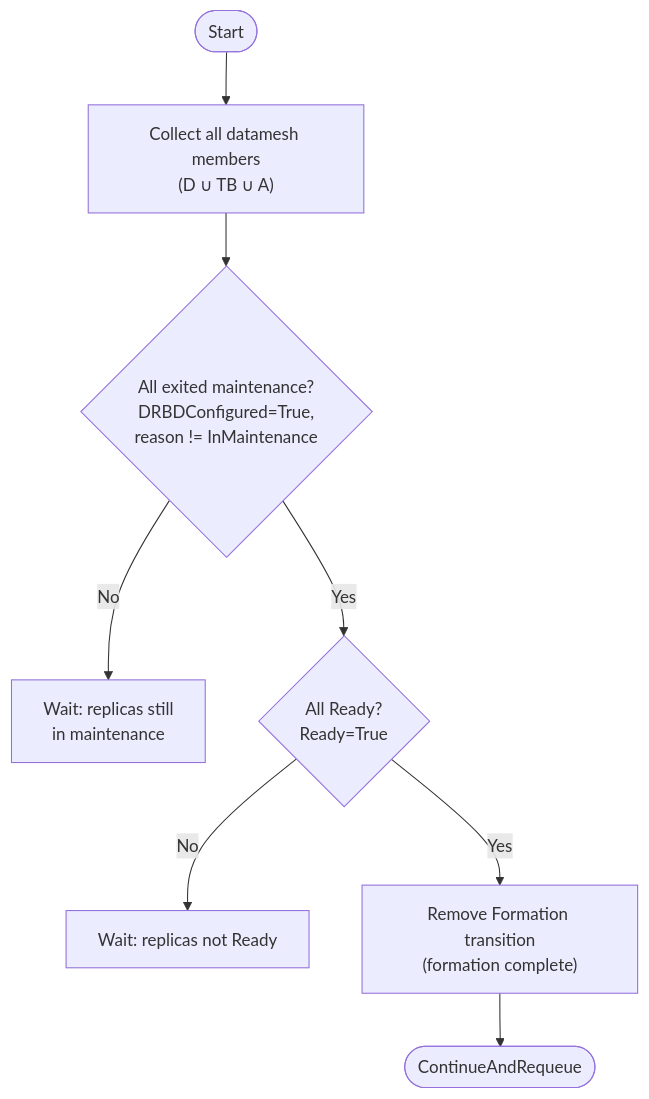
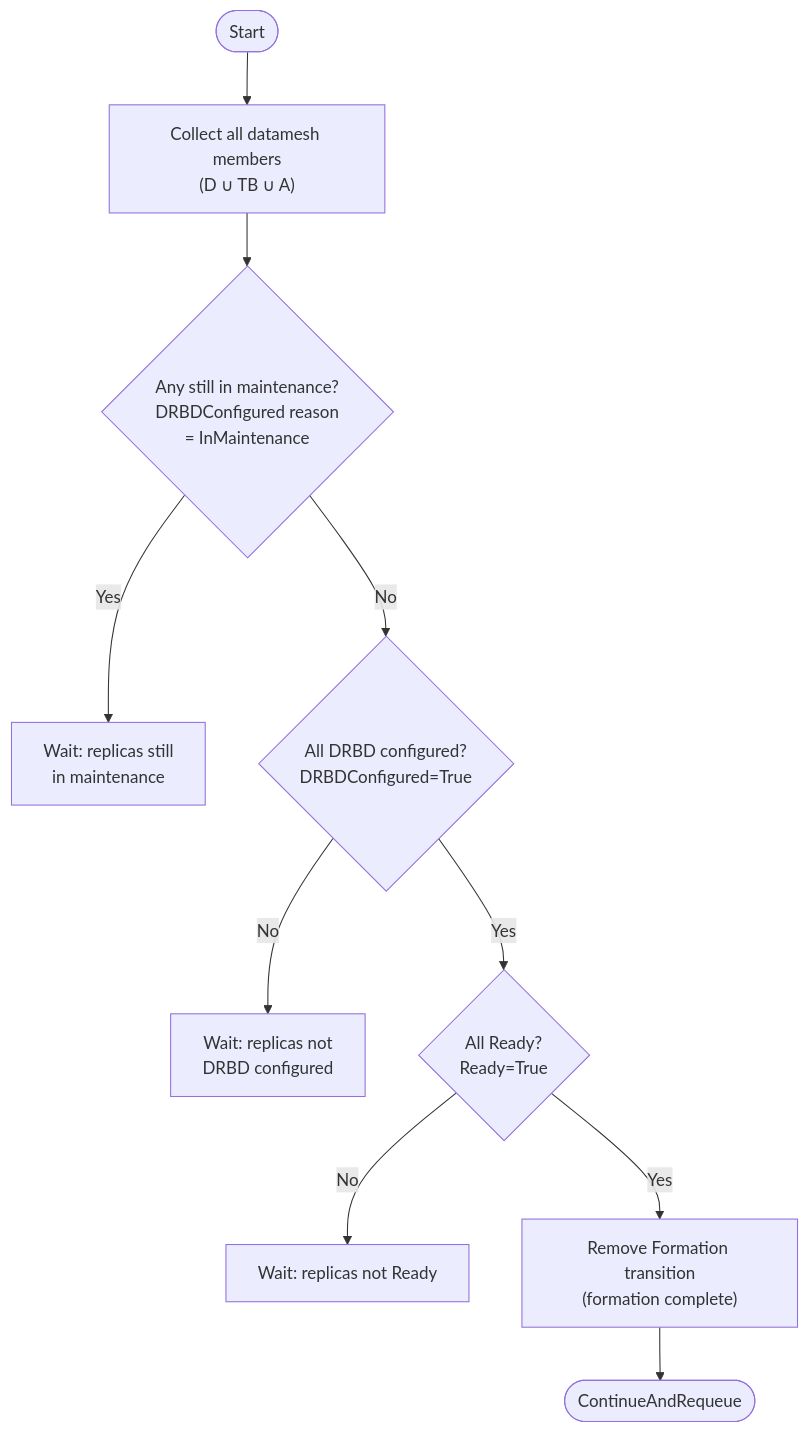
Before and after one commit to deckhouse/sds-replicated-volume: the tenth of 12 diagrams in images/controller/internal/controllers/rv_controller/README.md, drawn with Mermaid. The commit also changed other lines of this file and 3 other files, not shown here.

First line of the commit message:
[rv-controller] Split ExitMaintenance gate to distinguish maintenance from DRBD configuration failure

````diff
--- a/images/controller/internal/controllers/rv_controller/README.md
+++ b/images/controller/internal/controllers/rv_controller/README.md
@@ -852,13 +854,16 @@
 ```mermaid
 flowchart TD
     Start([Start]) --> CollectAll["Collect all datamesh members<br/>(D ∪ TB ∪ A)"]
 
-    CollectAll --> CheckMaintenance{"All exited maintenance?<br/>DRBDConfigured=True,<br/>reason != InMaintenance"}
-    CheckMaintenance -->|No| WaitMaint["Wait: replicas still<br/>in maintenance"]
+    CollectAll --> CheckMaintenance{"Any still in maintenance?<br/>DRBDConfigured reason<br/>= InMaintenance"}
+    CheckMaintenance -->|Yes| WaitMaint["Wait: replicas still<br/>in maintenance"]
 
-    CheckMaintenance -->|Yes| CheckReady{"All Ready?<br/>Ready=True"}
+    CheckMaintenance -->|No| CheckConfigured{"All DRBD configured?<br/>DRBDConfigured=True"}
+    CheckConfigured -->|No| WaitConfigured["Wait: replicas not<br/>DRBD configured"]
+
+    CheckConfigured -->|Yes| CheckReady{"All Ready?<br/>Ready=True"}
     CheckReady -->|No| WaitReady["Wait: replicas not Ready"]
 
     CheckReady -->|Yes| Complete["Remove Formation transition<br/>(formation complete)"]
     Complete --> End([ContinueAndRequeue])
 ```
````
